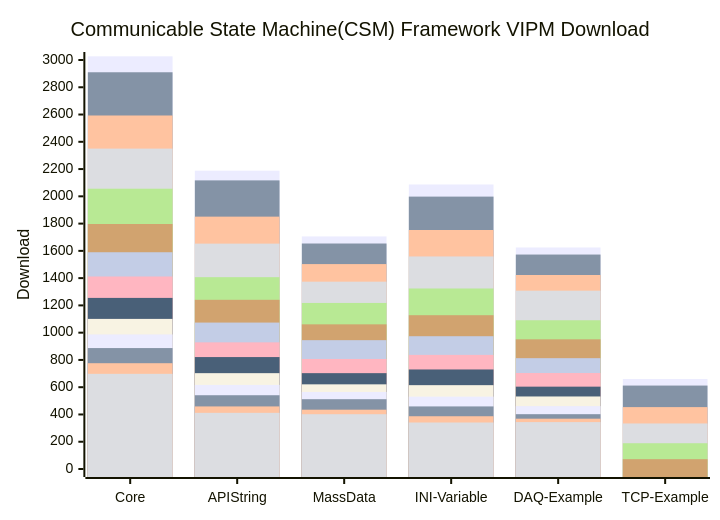
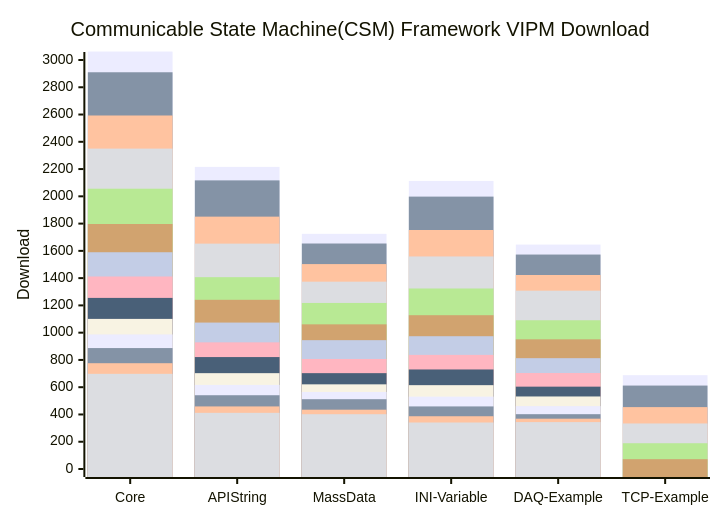
The diagram in profile/README.md (NEVSTOP-LAB/.github), drawn with Mermaid before and after one commit.

````diff
--- a/profile/README.md
+++ b/profile/README.md
@@ -31,20 +31,20 @@
 ```mermaid
     xychart-beta
     title "Communicable State Machine(CSM) Framework VIPM Download"
     x-axis [Core, API String, MassData, INI-Variable, DAQ-Example, TCP-Example]
     y-axis "Download" 0 --> 3000
-    bar   [3027, 2188, 1706, 2087, 1625, 660]
+    bar   [3062, 2216, 1725, 2113, 1646, 688]
     bar   [2910, 2117, 1654, 1998, 1573, 612]
     bar   [2593, 1851, 1503, 1753, 1423, 454]
     bar   [2350, 1653, 1374, 1559, 1308, 334]
     bar   [2056, 1407, 1218, 1324, 1091, 189]
     bar   [1797, 1241, 1061, 1128, 951, 72]
     bar   [1590, 1074, 945, 974, 813]
     bar   [1412, 929, 807, 837, 704]
     bar   [1255, 821, 703, 730, 604]
     bar   [1101, 703, 621, 615, 532]
     bar   [987, 617, 565, 531, 461]
     bar   [887, 541, 512, 459, 402]
     bar   [776, 459, 435, 387, 369]
     bar   [698, 412, 402, 341, 344]
 ```
````
